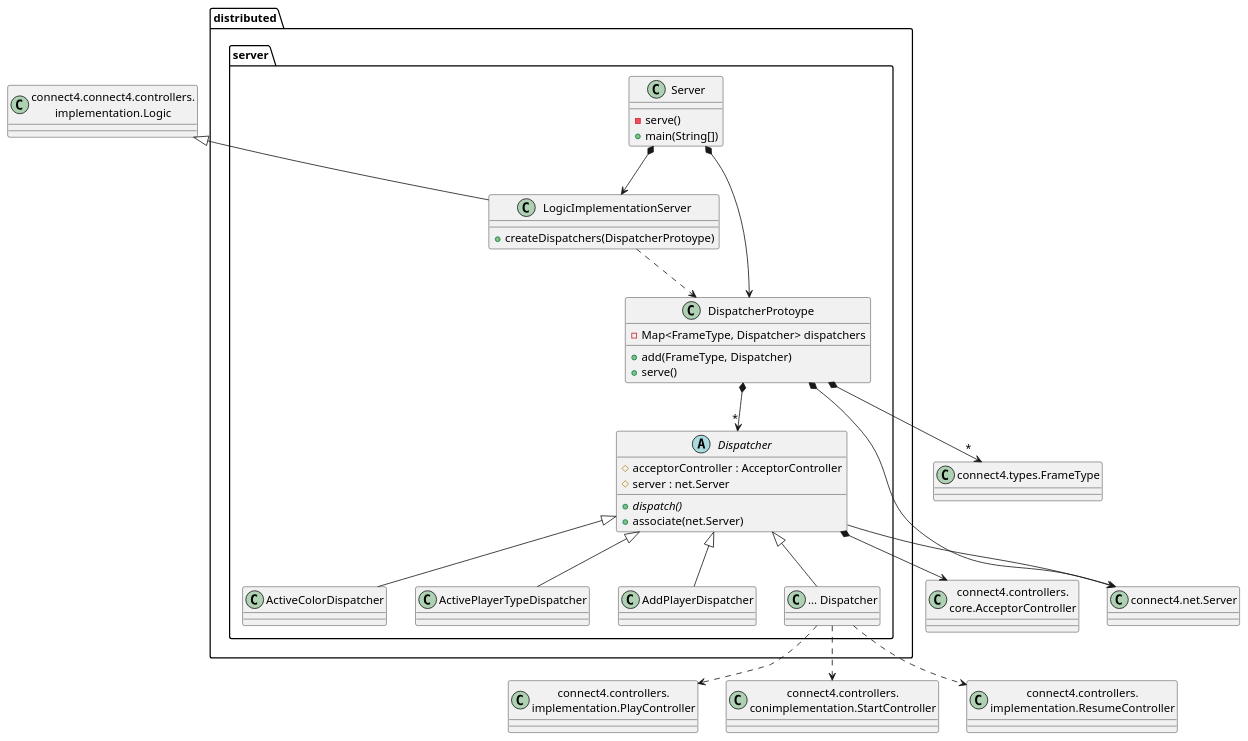
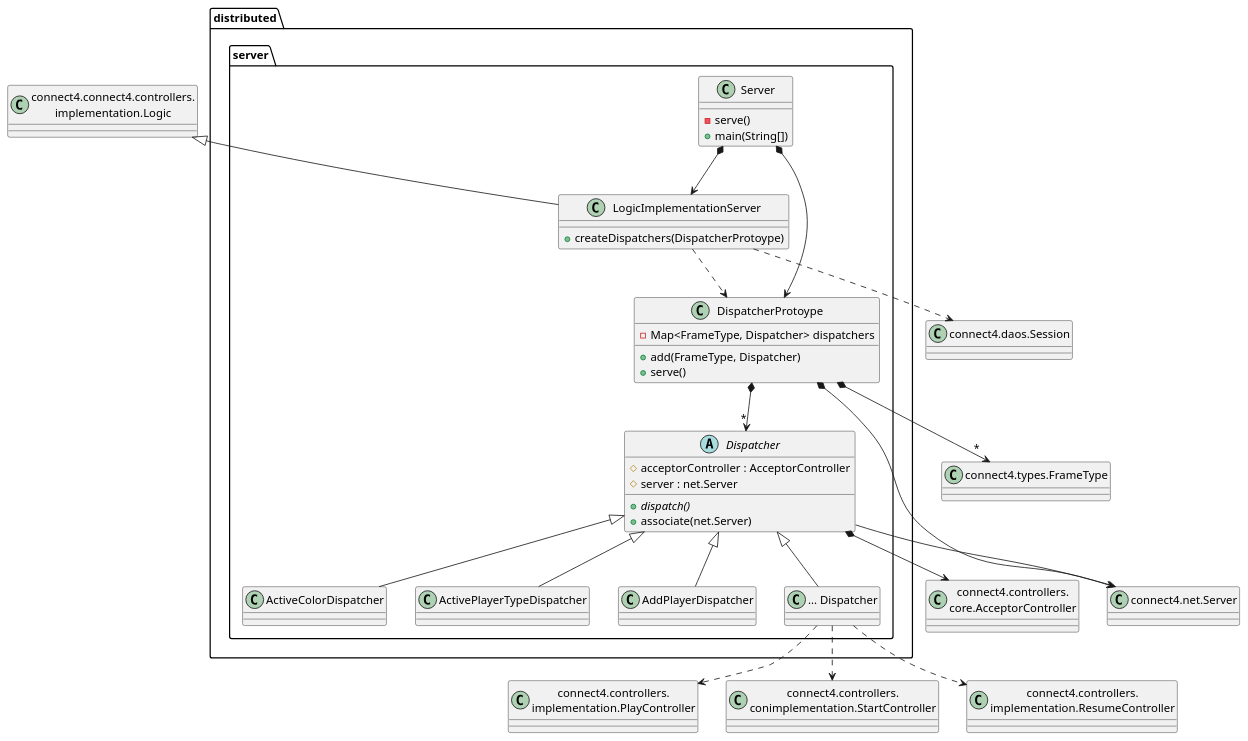
One commit to js-rom/connect4 changed the diagram in connect4/Docs/diagrams/src/packages/connect4.connect4.launchers.distributed.server.plantuml. Above: the diagram before and after it, drawn with PlantUML. The commit also changed 14 other files, not shown here.

Commit message:
feat: inject SessionDao into Logic #8

```diff
--- a/connect4/Docs/diagrams/src/packages/connect4.connect4.launchers.distributed.server.plantuml
+++ b/connect4/Docs/diagrams/src/packages/connect4.connect4.launchers.distributed.server.plantuml
@@ -1,55 +1,58 @@
 @startuml connect4.connect4.launchers.distributed.server
 
 class distributed.server.Server {
     - serve()
     + main(String[])
 }
 class distributed.server.DispatcherProtoype {
     - Map<FrameType, Dispatcher> dispatchers
     + add(FrameType, Dispatcher)
     + serve()
 }
 class distributed.server.LogicImplementationServer {
     + createDispatchers(DispatcherProtoype)
 }
 abstract class distributed.server.Dispatcher {
     # acceptorController : AcceptorController
     # server : net.Server
     + {abstract} dispatch()
     + associate(net.Server) 
 }
 class distributed.server.ActiveColorDispatcher
 class distributed.server.ActivePlayerTypeDispatcher
 class distributed.server.AddPlayerDispatcher
 class distributed.server.XxxDispatcher as "... Dispatcher"
 
 Server *--> LogicImplementationServer
 Server *--> DispatcherProtoype
 class Logic as  "connect4.connect4.controllers.\nimplementation.Logic"
 Logic <|-- LogicImplementationServer
 LogicImplementationServer ..> DispatcherProtoype
 
 class NetServer as "connect4.net.Server"
 DispatcherProtoype *--> NetServer
 class FrameType as "connect4.types.FrameType"
 DispatcherProtoype *--> "*" FrameType
 DispatcherProtoype *--> "*" Dispatcher
 
 Dispatcher --> NetServer
 class AcceptorController as "connect4.controllers.\ncore.AcceptorController"
 Dispatcher *--> AcceptorController 
 
 
 Dispatcher <|-- ActiveColorDispatcher
 Dispatcher <|-- ActivePlayerTypeDispatcher
 Dispatcher <|-- AddPlayerDispatcher
 Dispatcher <|-- XxxDispatcher
 class PlayController as "connect4.controllers.\nimplementation.PlayController"
 class StartController as "connect4.controllers.\nconimplementation.StartController"
 class ResumeController as "connect4.controllers.\nimplementation.ResumeController"
 XxxDispatcher ..> PlayController
 XxxDispatcher ..> StartController
 XxxDispatcher ..> ResumeController
 
+class Session as "connect4.daos.Session"
+distributed.server.LogicImplementationServer ..> Session
+
 
 @enduml 
```
